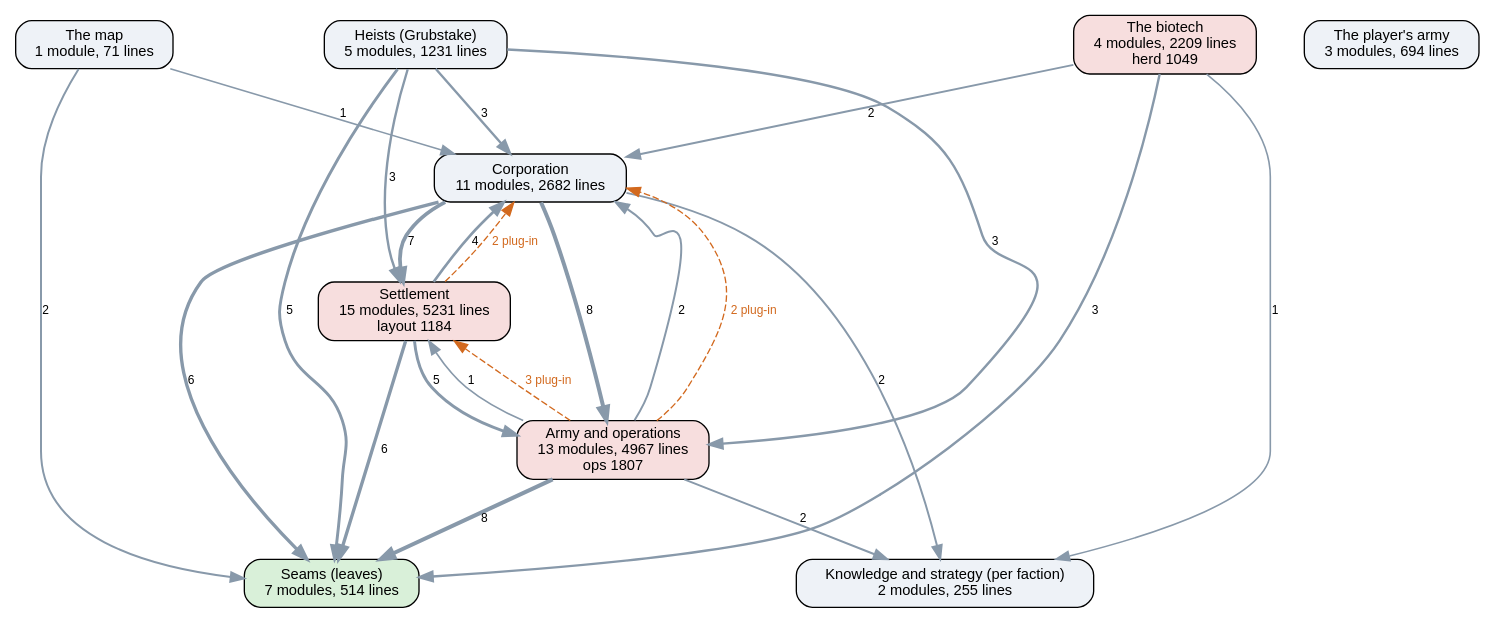
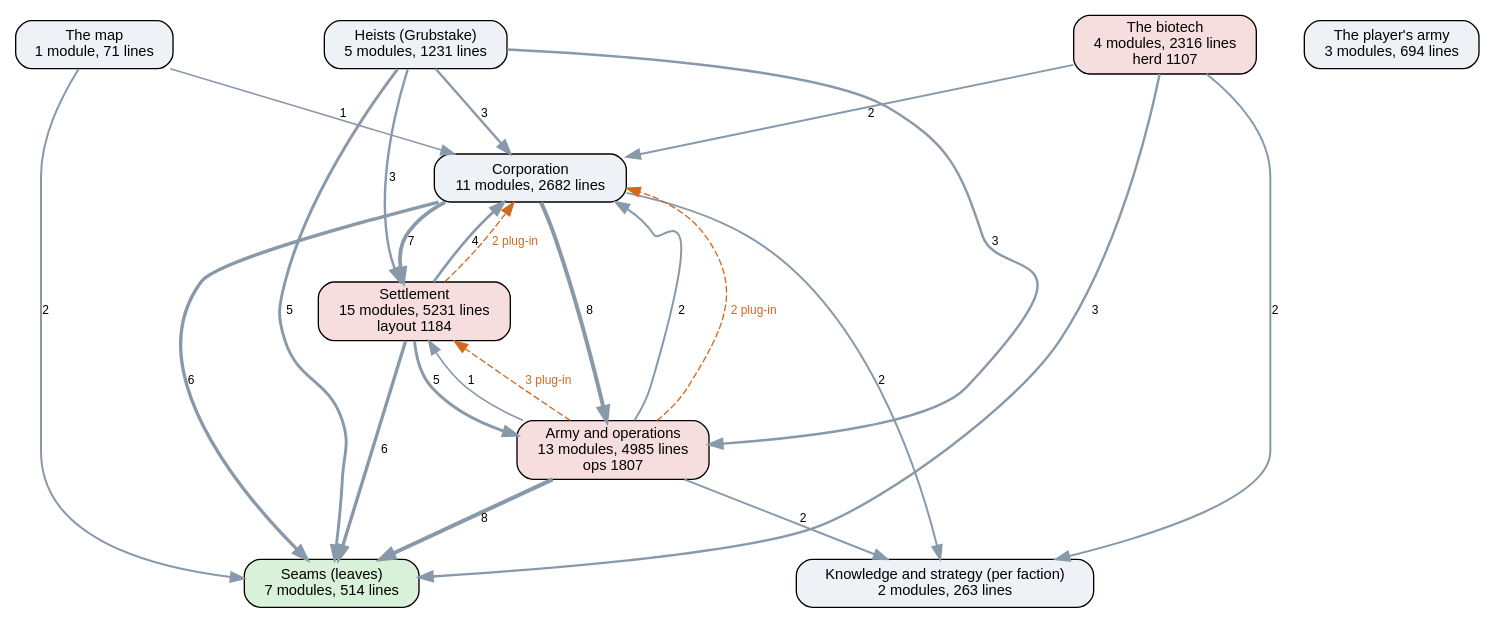
Before and after one commit to kinelhu/landing-party: the diagram in docs/ai-layers.dot, drawn with Graphviz. The commit also changed 14 other files, not shown here.

```diff
--- a/docs/ai-layers.dot
+++ b/docs/ai-layers.dot
@@ -1,37 +1,37 @@
 digraph layers {
   graph [rankdir=TB, fontname="Helvetica", nodesep=0.5, ranksep=0.7];
   node [shape=box, style="rounded,filled", fontname="Helvetica", fontsize=11, fillcolor="#eef2f7"];
   edge [color="#8899aa", fontname="Helvetica", fontsize=9];
   "Seams (leaves)" [label="Seams (leaves)\n7 modules, 514 lines", fillcolor="#d9f0d9"];
-  "Knowledge and strategy (per faction)" [label="Knowledge and strategy (per faction)\n2 modules, 255 lines", fillcolor="#eef2f7"];
+  "Knowledge and strategy (per faction)" [label="Knowledge and strategy (per faction)\n2 modules, 263 lines", fillcolor="#eef2f7"];
   "Corporation" [label="Corporation\n11 modules, 2682 lines", fillcolor="#eef2f7"];
   "Settlement" [label="Settlement\n15 modules, 5231 lines\nlayout 1184", fillcolor="#f7dede"];
-  "Army and operations" [label="Army and operations\n13 modules, 4967 lines\nops 1807", fillcolor="#f7dede"];
+  "Army and operations" [label="Army and operations\n13 modules, 4985 lines\nops 1807", fillcolor="#f7dede"];
   "Heists (Grubstake)" [label="Heists (Grubstake)\n5 modules, 1231 lines", fillcolor="#eef2f7"];
-  "The biotech" [label="The biotech\n4 modules, 2209 lines\nherd 1049", fillcolor="#f7dede"];
+  "The biotech" [label="The biotech\n4 modules, 2316 lines\nherd 1107", fillcolor="#f7dede"];
   "The map" [label="The map\n1 module, 71 lines", fillcolor="#eef2f7"];
   "The player's army" [label="The player's army\n3 modules, 694 lines", fillcolor="#eef2f7"];
   "Army and operations" -> "Corporation" [label="2", penwidth=1.5];
   "Army and operations" -> "Knowledge and strategy (per faction)" [label="2", penwidth=1.5];
   "Army and operations" -> "Seams (leaves)" [label="8", penwidth=3.0];
   "Army and operations" -> "Settlement" [label="1", penwidth=1.2];
   "Corporation" -> "Army and operations" [label="8", penwidth=3.0];
   "Corporation" -> "Knowledge and strategy (per faction)" [label="2", penwidth=1.5];
   "Corporation" -> "Seams (leaves)" [label="6", penwidth=2.5];
   "Corporation" -> "Settlement" [label="7", penwidth=2.8];
   "Heists (Grubstake)" -> "Army and operations" [label="3", penwidth=1.8];
   "Heists (Grubstake)" -> "Corporation" [label="3", penwidth=1.8];
   "Heists (Grubstake)" -> "Seams (leaves)" [label="5", penwidth=2.2];
   "Heists (Grubstake)" -> "Settlement" [label="3", penwidth=1.8];
   "Settlement" -> "Army and operations" [label="5", penwidth=2.2];
   "Settlement" -> "Corporation" [label="4", penwidth=2.0];
   "Settlement" -> "Seams (leaves)" [label="6", penwidth=2.5];
   "The biotech" -> "Corporation" [label="2", penwidth=1.5];
-  "The biotech" -> "Knowledge and strategy (per faction)" [label="1", penwidth=1.2];
+  "The biotech" -> "Knowledge and strategy (per faction)" [label="2", penwidth=1.5];
   "The biotech" -> "Seams (leaves)" [label="3", penwidth=1.8];
   "The map" -> "Corporation" [label="1", penwidth=1.2];
   "The map" -> "Seams (leaves)" [label="2", penwidth=1.5];
   "Army and operations" -> "Corporation" [style=dashed, color="#d2691e", fontcolor="#d2691e", label="2 plug-in"];
   "Army and operations" -> "Settlement" [style=dashed, color="#d2691e", fontcolor="#d2691e", label="3 plug-in"];
   "Settlement" -> "Corporation" [style=dashed, color="#d2691e", fontcolor="#d2691e", label="2 plug-in"];
 }
```
